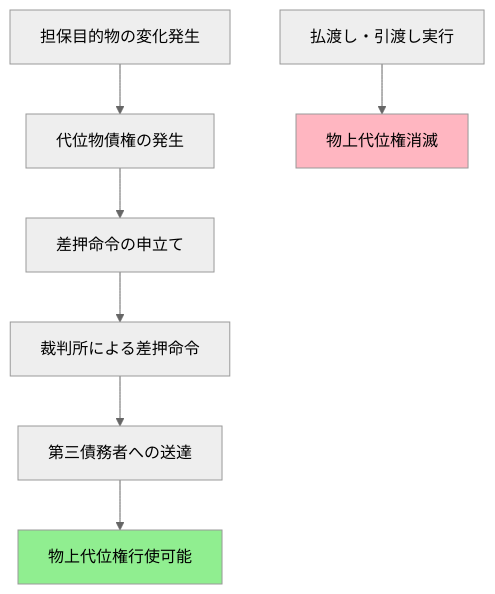
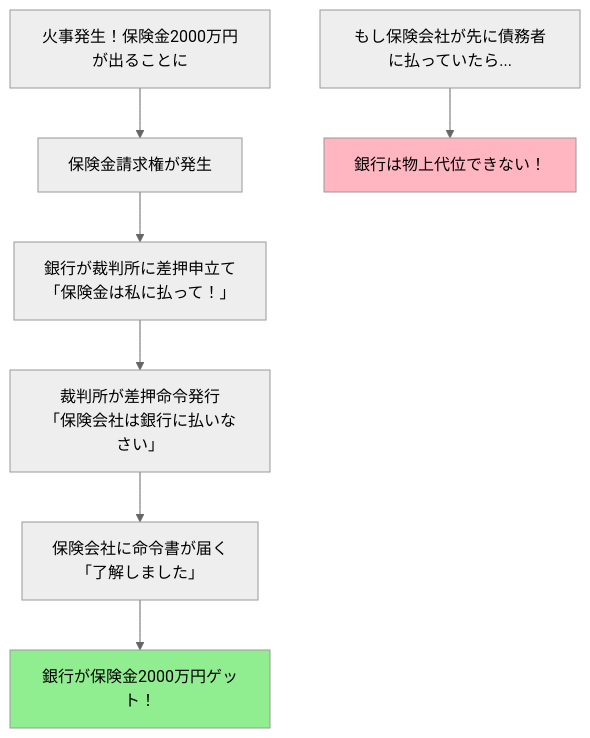
The diagram in 物上代位について.md (shimamorieiki/smec_study), drawn with Mermaid (neutral theme) before and after one commit. The commit also changed other lines of this file, not shown here.

````diff
--- a/物上代位について.md
+++ b/物上代位について.md
@@ -109,13 +150,13 @@
 ```mermaid
 graph TD
-    A[担保目的物の変化発生] --> B[代位物債権の発生]
-    B --> C[差押命令の申立て]
-    C --> D[裁判所による差押命令]
-    D --> E[第三債務者への送達]
-    E --> F[物上代位権行使可能]
+    A[火事発生！保険金2000万円が出ることに] --> B[保険金請求権が発生]
+    B --> C[銀行が裁判所に差押申立て<br>「保険金は私に払って！」]
+    C --> D[裁判所が差押命令発行<br>「保険会社は銀行に払いなさい」]
+    D --> E[保険会社に命令書が届く<br>「了解しました」]
+    E --> F[銀行が保険金2000万円ゲット！]
     
-    G[払渡し・引渡し実行] --> H[物上代位権消滅]
+    G[もし保険会社が先に債務者に払っていたら...] --> H[銀行は物上代位できない！]
     
     style F fill:#90EE90
     style H fill:#FFB6C1
 ```
````
